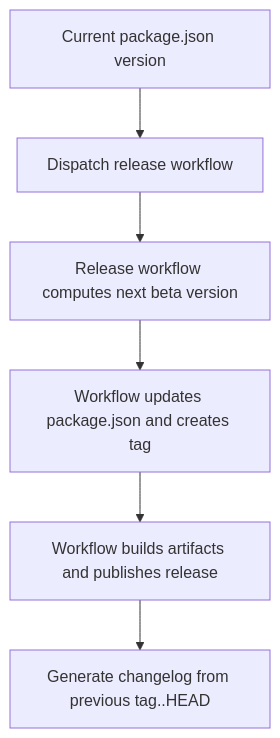
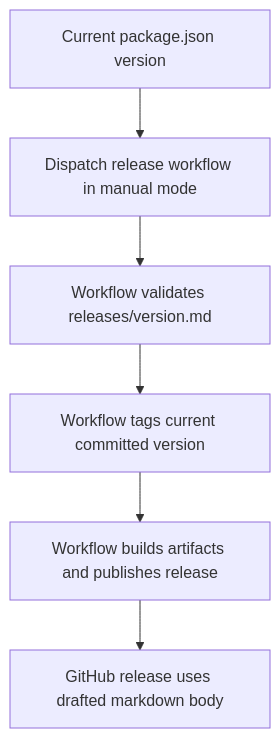
Before and after one commit to henryoman/TrenchClaw: the diagram in docs/versioning-strategy.md, drawn with Mermaid. The commit also changed other lines of this file and 17 other files, not shown here.

First line of the commit message:
Prepare beta.2 instance sandbox release.

````diff
--- a/docs/versioning-strategy.md
+++ b/docs/versioning-strategy.md
@@ -44,8 +46,8 @@
 ```mermaid
 flowchart TD
-  A["Current package.json version"] --> B["Dispatch release workflow"]
-  B --> C["Release workflow computes next beta version"]
-  C --> D["Workflow updates package.json and creates tag"]
+  A["Current package.json version"] --> B["Dispatch release workflow in manual mode"]
+  B --> C["Workflow validates releases/version.md"]
+  C --> D["Workflow tags current committed version"]
   D --> E["Workflow builds artifacts and publishes release"]
-  E --> F["Generate changelog from previous tag..HEAD"]
+  E --> F["GitHub release uses drafted markdown body"]
 ```
````
